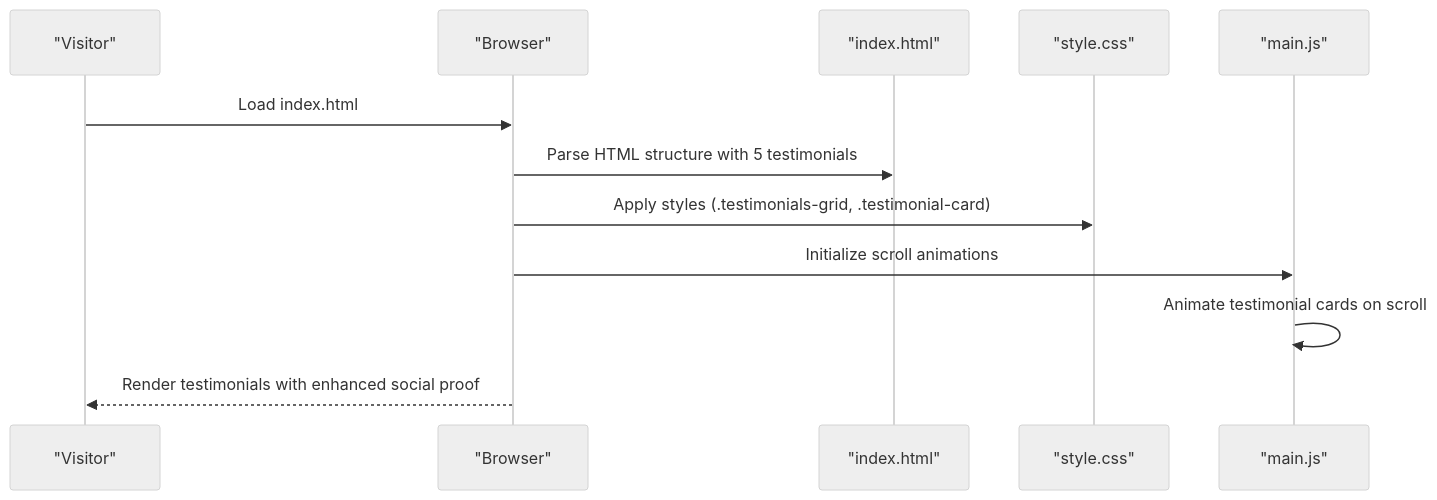
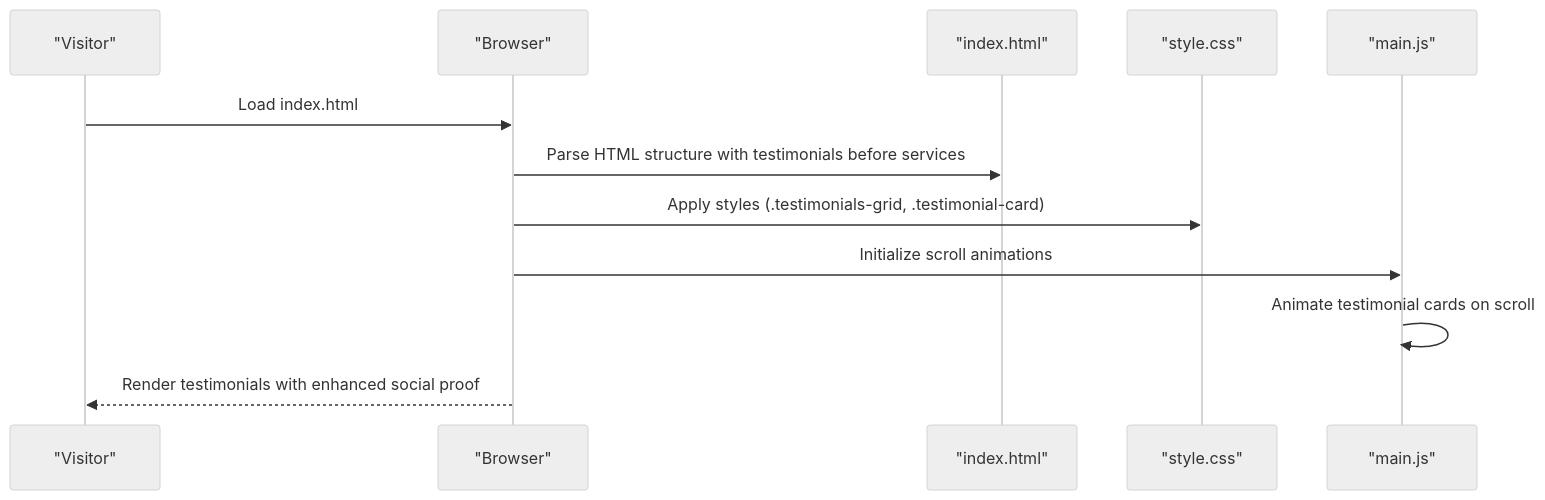
Before and after one commit to lynchip/graduates: the second of 3 diagrams in .qoder/repowiki/en/content/Core Features/Service Showcase/Testimonials Section.md, drawn with Mermaid (neutral theme). The commit also changed other lines of this file and 12 other files, not shown here.

````diff
--- a/.qoder/repowiki/en/content/Core Features/Service Showcase/Testimonials Section.md
+++ b/.qoder/repowiki/en/content/Core Features/Service Showcase/Testimonials Section.md
@@ -79,14 +86,14 @@
 ```mermaid
 sequenceDiagram
 participant User as "Visitor"
 participant Browser as "Browser"
 participant HTML as "index.html"
 participant CSS as "style.css"
 participant JS as "main.js"
 User->>Browser : Load index.html
-Browser->>HTML : Parse HTML structure with 5 testimonials
+Browser->>HTML : Parse HTML structure with testimonials before services
 Browser->>CSS : Apply styles (.testimonials-grid, .testimonial-card)
 Browser->>JS : Initialize scroll animations
 JS->>JS : Animate testimonial cards on scroll
 Browser-->>User : Render testimonials with enhanced social proof
 ```
````
